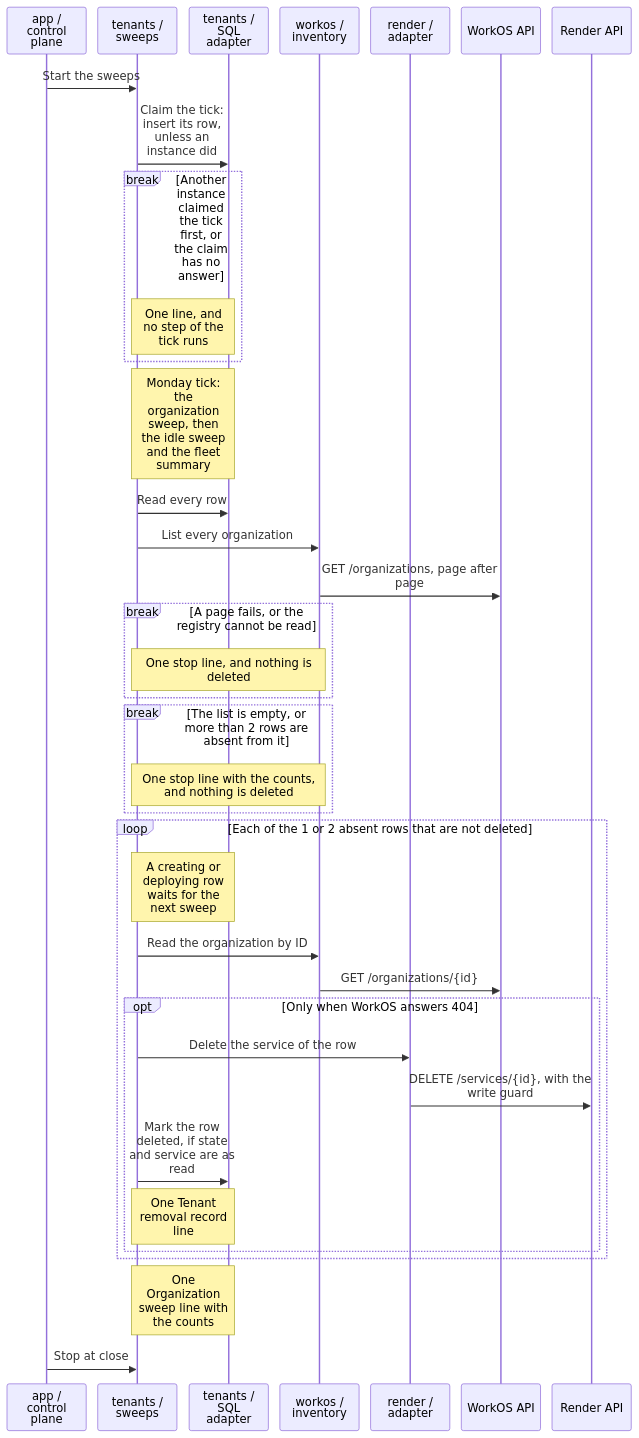
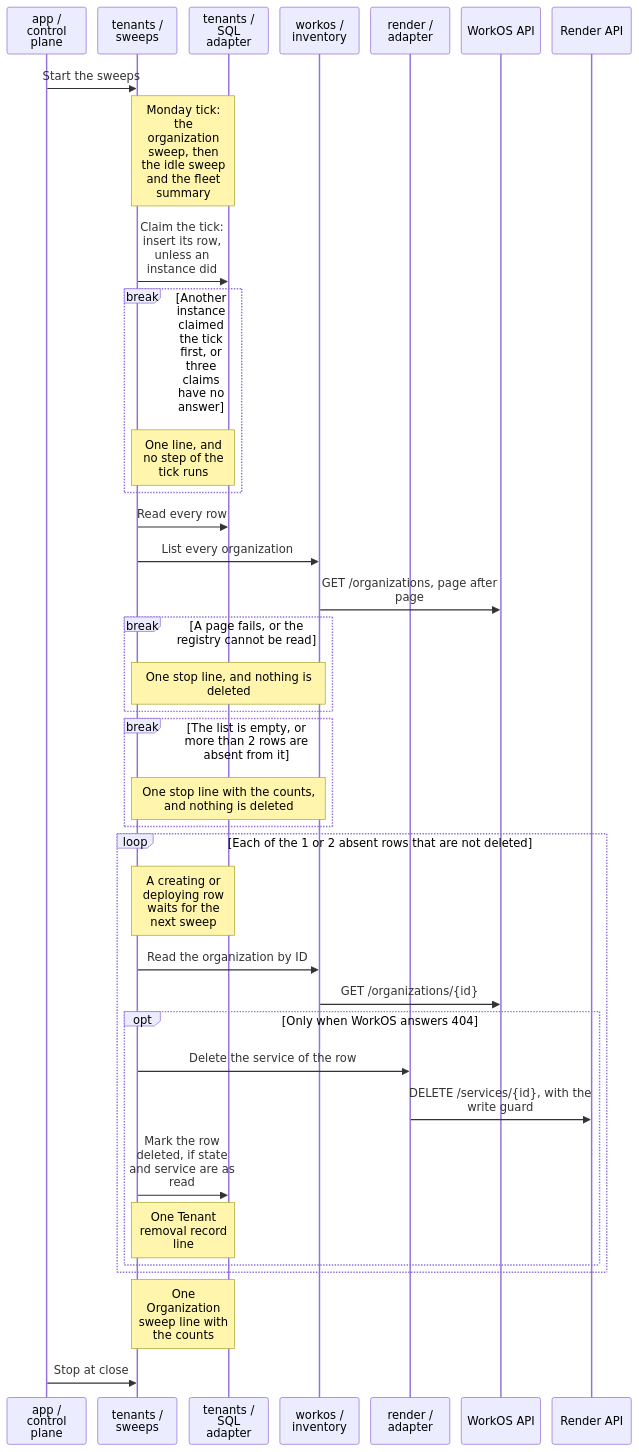
One commit to tomer-mayara/Thermus changed diagram 20 of 24 in architecture/components.md. Above: the diagram before and after it, drawn with Mermaid. The commit also changed other lines of this file and 15 other files, not shown here.

First line of the commit message:
Try a claim of a tick again, and correct the review findings

````diff
--- a/architecture/components.md
+++ b/architecture/components.md
@@ -1780,39 +1782,39 @@
 ```mermaid
 %%{init: {"sequence": {"wrap": true, "actorMargin": 16, "width": 110}}}%%
 sequenceDiagram
   participant App as app / control plane
   participant Sweep as tenants / sweeps
   participant Store as tenants / SQL adapter
   participant Inv as workos / inventory
   participant Render as render / adapter
   participant WorkOS as WorkOS API
   participant API as Render API
   App->>Sweep: Start the sweeps
+  Note over Sweep,Store: Monday tick: the organization sweep, then the idle sweep and the fleet summary
   Sweep->>Store: Claim the tick: insert its row, unless an instance did
-  break Another instance claimed the tick first, or the claim has no answer
+  break Another instance claimed the tick first, or three claims have no answer
     Note over Sweep,Store: One line, and no step of the tick runs
   end
-  Note over Sweep,Store: Monday tick: the organization sweep, then the idle sweep and the fleet summary
   Sweep->>Store: Read every row
   Sweep->>Inv: List every organization
   Inv->>WorkOS: GET /organizations, page after page
   break A page fails, or the registry cannot be read
     Note over Sweep,Inv: One stop line, and nothing is deleted
   end
   break The list is empty, or more than 2 rows are absent from it
     Note over Sweep,Inv: One stop line with the counts, and nothing is deleted
   end
   loop Each of the 1 or 2 absent rows that are not deleted
     Note over Sweep,Store: A creating or deploying row waits for the next sweep
     Sweep->>Inv: Read the organization by ID
     Inv->>WorkOS: GET /organizations/{id}
     opt Only when WorkOS answers 404
       Sweep->>Render: Delete the service of the row
       Render->>API: DELETE /services/{id}, with the write guard
       Sweep->>Store: Mark the row deleted, if state and service are as read
       Note over Sweep,Store: One Tenant removal record line
     end
   end
   Note over Sweep,Store: One Organization sweep line with the counts
   App->>Sweep: Stop at close
 ```
````
